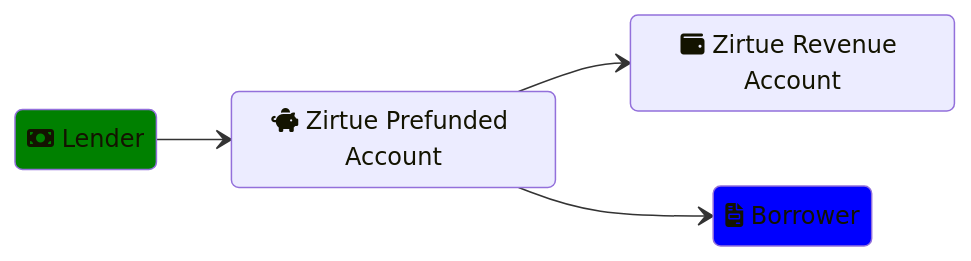
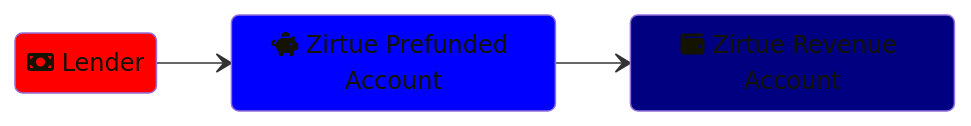
The first of 3 diagrams in docs/flow-of-funds.md (jangot/archipelago-rules), drawn with Mermaid before and after one commit. The commit also changed other lines of this file and 1 other file, not shown here.

````diff
--- a/docs/flow-of-funds.md
+++ b/docs/flow-of-funds.md
@@ -6,21 +6,20 @@
 ```mermaid
 ---
 config:
   title: Flow of Funds
   class:
     theme: base
 ---
 
 stateDiagram-v2
   direction LR
-  classDef biller fill:#00f
-  classDef lender fill:green
+  classDef zpre fill:#00f
+  classDef zrev fill:navy
+  classDef lender fill:red
 
   zpre : <i class="fas fa-piggy-bank"></i> Zirtue Prefunded Account
   zrev : <i class="fas fa-wallet"></i> Zirtue Revenue Account
-  Borrower: <i class="fas fa-file-invoice"></i> Borrower
   Lender : <i class="fas fa-money-bill"></i> Lender
-  Lender:::lender --> zpre
-  zpre --> zrev
-  zpre --> Borrower:::biller
+  Lender:::lender --> zpre:::zpre
+  zpre --> zrev:::zrev
 ```
````
